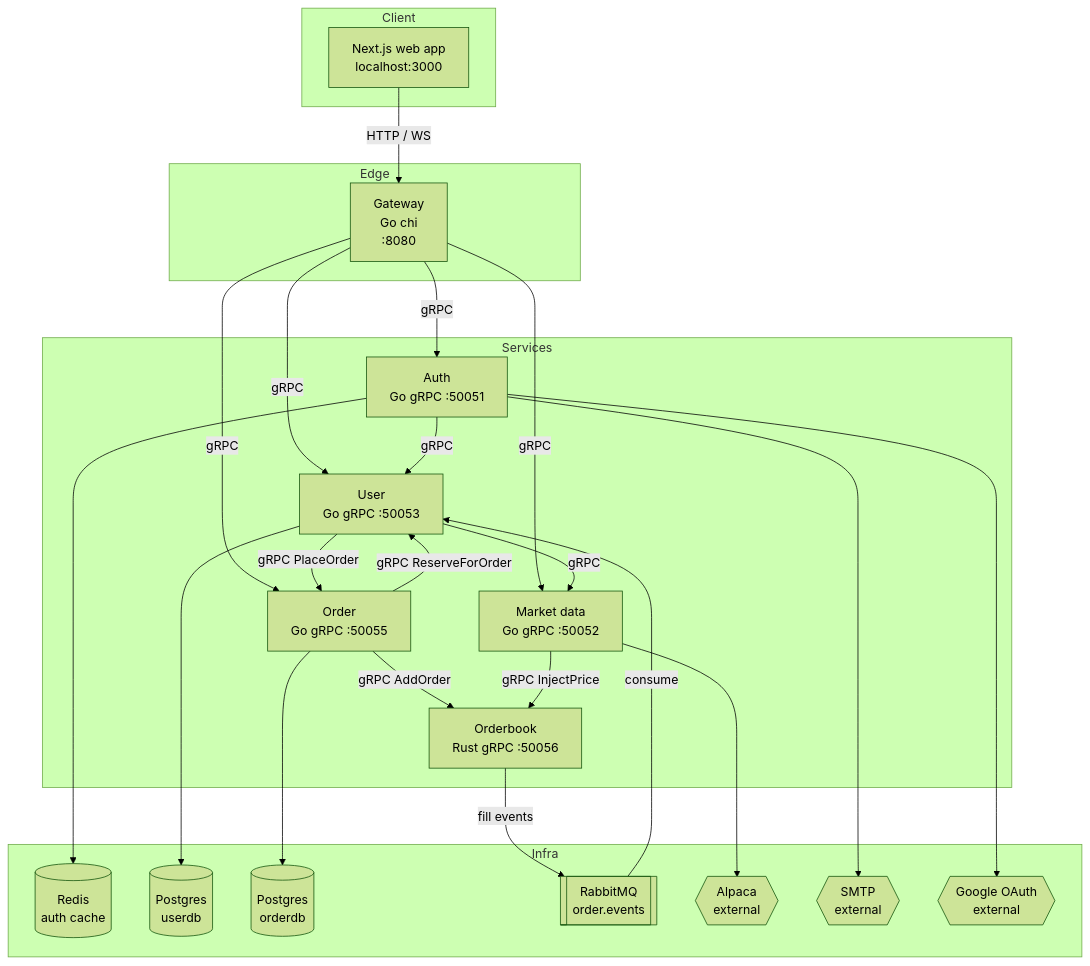
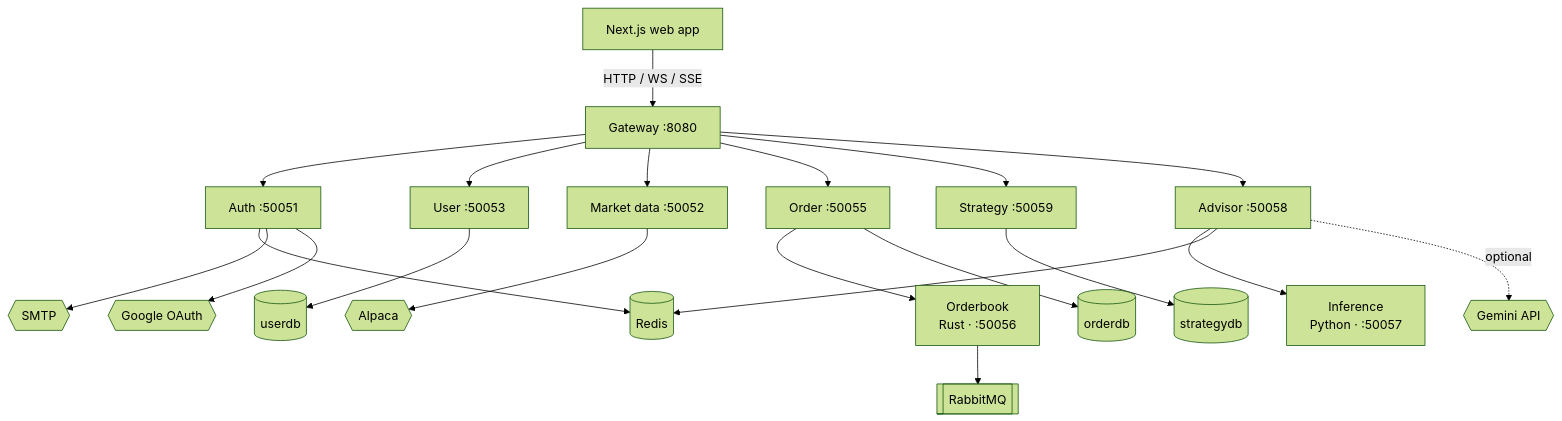
The fourth of 4 diagrams in docs/architecture.md (yash-gadgil/glyph), drawn with Mermaid (forest theme) before and after one commit. The commit also changed other lines of this file and 15 other files, not shown here.

````diff
--- a/docs/architecture.md
+++ b/docs/architecture.md
@@ -28,50 +108,27 @@
 ```mermaid
 flowchart TB
-    subgraph Client
-        WEB[Next.js web app<br/>localhost:3000]
-    end
+    WEB[Next.js web app] -->|HTTP / WS / SSE| GW[Gateway :8080]
 
-    subgraph Edge
-        GW[Gateway<br/>Go chi<br/>:8080]
-    end
+    GW --> AUTH[Auth :50051]
+    GW --> USER[User :50053]
+    GW --> MRKT[Market data :50052]
+    GW --> ORDER[Order :50055]
+    GW --> STRAT[Strategy :50059]
+    GW --> ADV[Advisor :50058]
 
-    subgraph Services
-        AUTH[Auth<br/>Go gRPC :50051]
-        USER[User<br/>Go gRPC :50053]
-        MRKT[Market data<br/>Go gRPC :50052]
-        ORDER[Order<br/>Go gRPC :50055]
-        OB[Orderbook<br/>Rust gRPC :50056]
-    end
+    ORDER --> OB[Orderbook<br/>Rust · :50056]
+    ADV --> INF[Inference<br/>Python · :50057]
 
-    subgraph Infra
-        REDIS[(Redis<br/>auth cache)]
-        USERDB[(Postgres<br/>userdb)]
-        ORDERDB[(Postgres<br/>orderdb)]
-        MQ[[RabbitMQ<br/>order.events]]
-        ALPACA{{Alpaca<br/>external}}
-        SMTP{{SMTP<br/>external}}
-        GOOGLE{{Google OAuth<br/>external}}
-    end
+    OB --> MQ[[RabbitMQ]]
 
-    WEB -- HTTP / WS --> GW
-    GW -- gRPC --> AUTH
-    GW -- gRPC --> USER
-    GW -- gRPC --> MRKT
-    GW -- gRPC --> ORDER
+    AUTH --> REDIS[(Redis)]
+    ADV --> REDIS
+    USER --> USERDB[(userdb)]
+    ORDER --> ORDERDB[(orderdb)]
+    STRAT --> STRATDB[(strategydb)]
 
-    AUTH -- gRPC --> USER
-    AUTH --> REDIS
-    AUTH --> SMTP
-    AUTH --> GOOGLE
-
-    USER --> USERDB
-    USER -- gRPC --> MRKT
-    USER -- gRPC PlaceOrder --> ORDER
-    MRKT --> ALPACA
-    ORDER --> ORDERDB
-    ORDER -- gRPC ReserveForOrder --> USER
-    ORDER -- gRPC AddOrder --> OB
-    MRKT -- gRPC InjectPrice --> OB
-    OB -- fill events --> MQ
-    MQ -- consume --> USER
+    MRKT --> ALPACA{{Alpaca}}
+    AUTH --> SMTP{{SMTP}}
+    AUTH --> GOOGLE{{Google OAuth}}
+    ADV -.->|optional| GEMINI{{Gemini API}}
 ```
````
